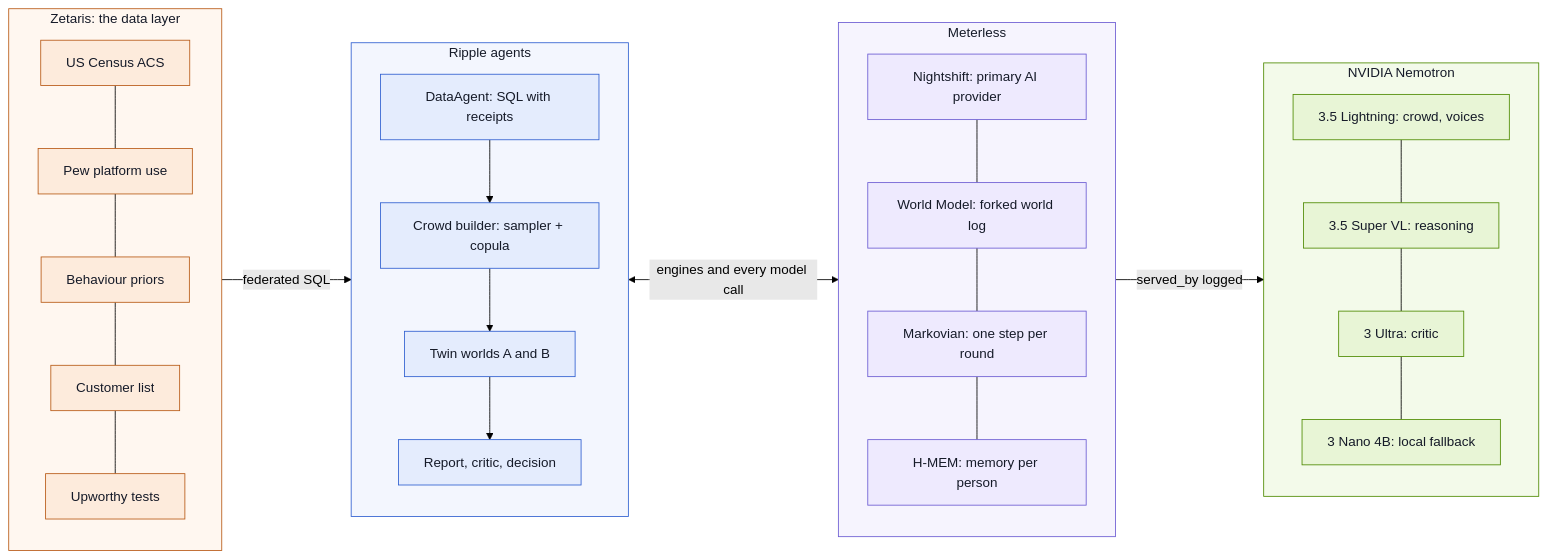
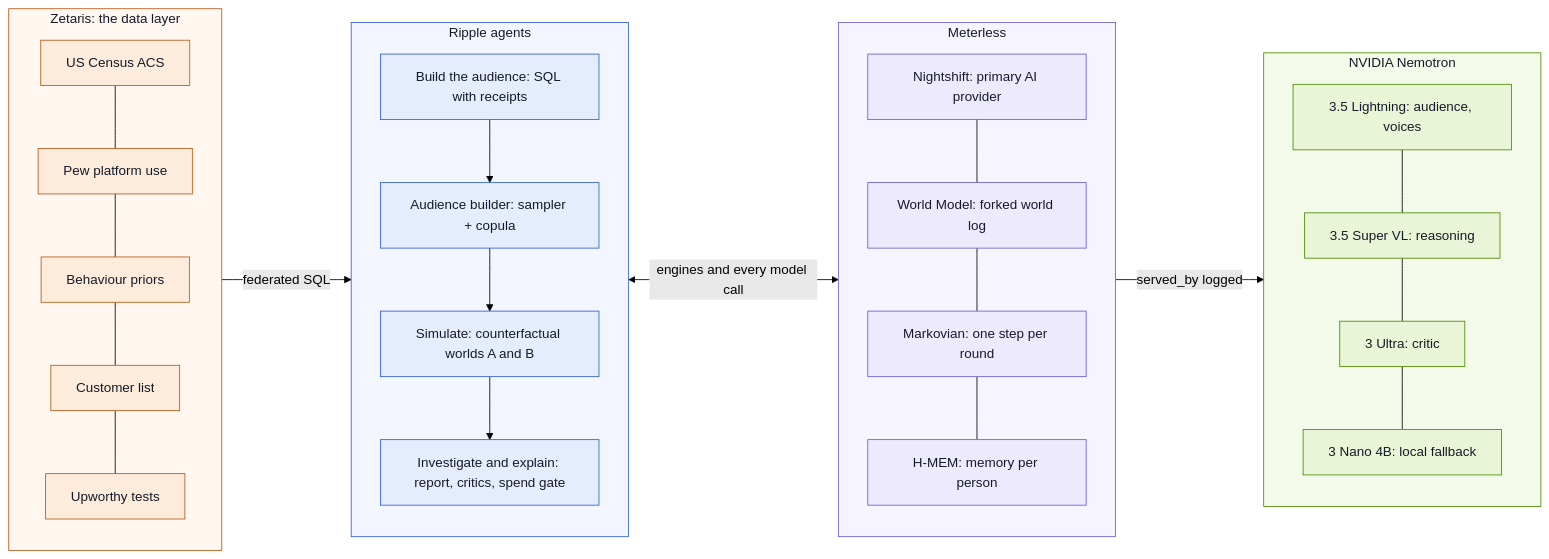
Before and after one commit to pranayjoshi/GenAI-works-hackathon: the first of 2 diagrams in README.md, drawn with Mermaid (forest theme). The commit also changed other lines of this file and 29 other files, not shown here.

````diff
--- a/README.md
+++ b/README.md
@@ -150,35 +174,35 @@
 ```mermaid
 flowchart LR
   subgraph DATA["Zetaris: the data layer"]
     direction TB
     S1["US Census ACS"] --- S2["Pew platform use"] --- S3["Behaviour priors"] --- S4["Customer list"] --- S5["Upworthy tests"]
   end
   subgraph RIPPLE["Ripple agents"]
     direction TB
-    DA["DataAgent: SQL with receipts"] --> CB["Crowd builder: sampler + copula"] --> TW["Twin worlds A and B"] --> RD["Report, critic, decision"]
+    DA["Build the audience: SQL with receipts"] --> CB["Audience builder: sampler + copula"] --> TW["Simulate: counterfactual worlds A and B"] --> RD["Investigate and explain: report, critics, spend gate"]
   end
   subgraph METER["Meterless"]
     direction TB
     NS["Nightshift: primary AI provider"] --- WM["World Model: forked world log"] --- MK["Markovian: one step per round"] --- HM["H-MEM: memory per person"]
   end
   subgraph NV["NVIDIA Nemotron"]
     direction TB
-    L["3.5 Lightning: crowd, voices"] --- SV["3.5 Super VL: reasoning"] --- U["3 Ultra: critic"] --- N["3 Nano 4B: local fallback"]
+    L["3.5 Lightning: audience, voices"] --- SV["3.5 Super VL: reasoning"] --- U["3 Ultra: critic"] --- N["3 Nano 4B: local fallback"]
   end
   DATA -->|"federated SQL"| RIPPLE
   RIPPLE <-->|"engines and every model call"| METER
   METER -->|"served_by logged"| NV
 
   classDef zet fill:#FDEBDC,stroke:#B85A16,color:#151A28
   classDef rip fill:#E4ECFD,stroke:#2F5FD0,color:#151A28
   classDef met fill:#EEEAFE,stroke:#6B5BD2,color:#151A28
   classDef nv fill:#E8F5D6,stroke:#4E8A00,color:#151A28
   class S1,S2,S3,S4,S5 zet
   class DA,CB,TW,RD rip
   class WM,MK,HM,NS met
   class L,SV,U,N nv
   style DATA fill:#FFF7F0,stroke:#B85A16,color:#151A28
   style RIPPLE fill:#F3F6FE,stroke:#2F5FD0,color:#151A28
   style METER fill:#F6F4FE,stroke:#6B5BD2,color:#151A28
   style NV fill:#F3FAEA,stroke:#4E8A00,color:#151A28
 ```
````
